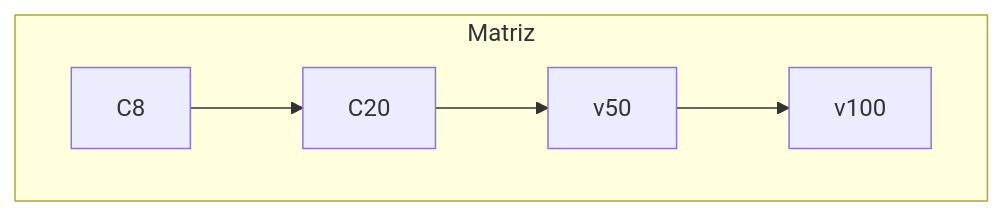
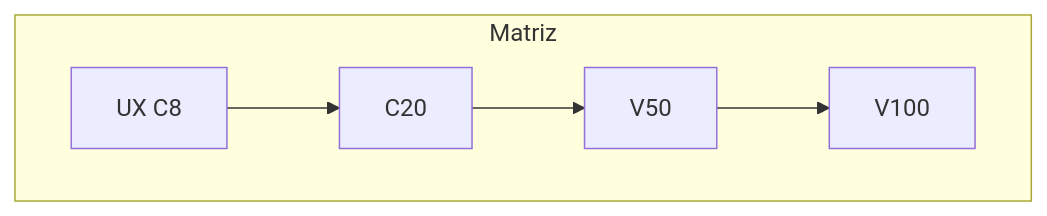
One commit to MauricioRVeiga/gantt changed the first of 5 diagrams in README.md. Above: the diagram before and after it, drawn with Mermaid. The commit also changed other lines of this file, not shown here.

````diff
--- a/README.md
+++ b/README.md
@@ -1,7 +1,7 @@
 ```mermaid
 graph TD
     subgraph Matriz
-A1["C8"]:::branco --> A2["C20"]:::AMARELO --> A3["v50"]:::laranja --> A4["v100"]:::vermelho
+A1["UX C8"]:::branco --> A2["C20"]:::amarelo --> A3["V50"]:::laranja --> A4["V100"]:::vermelho
 
 end
 ```
````
